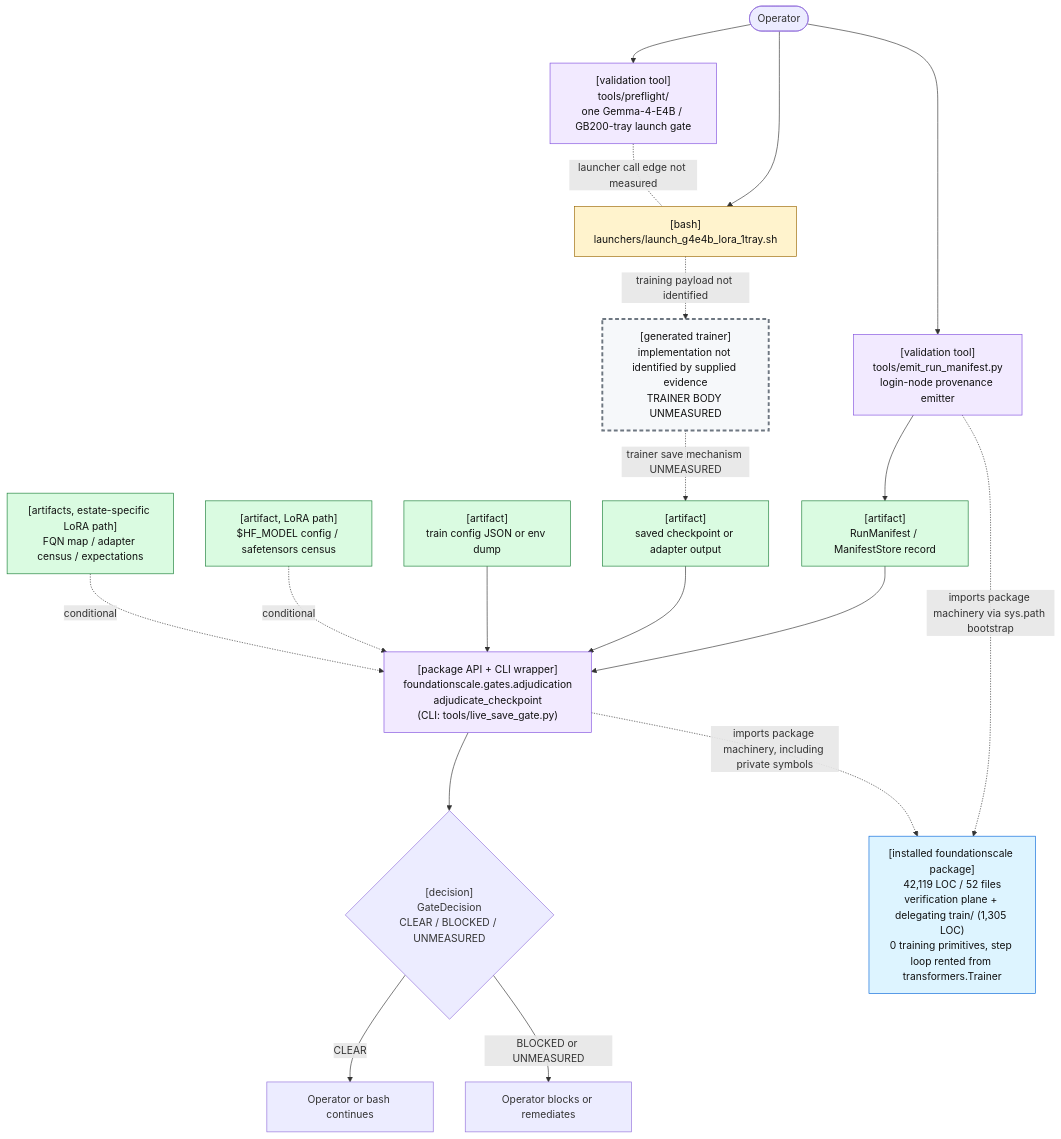
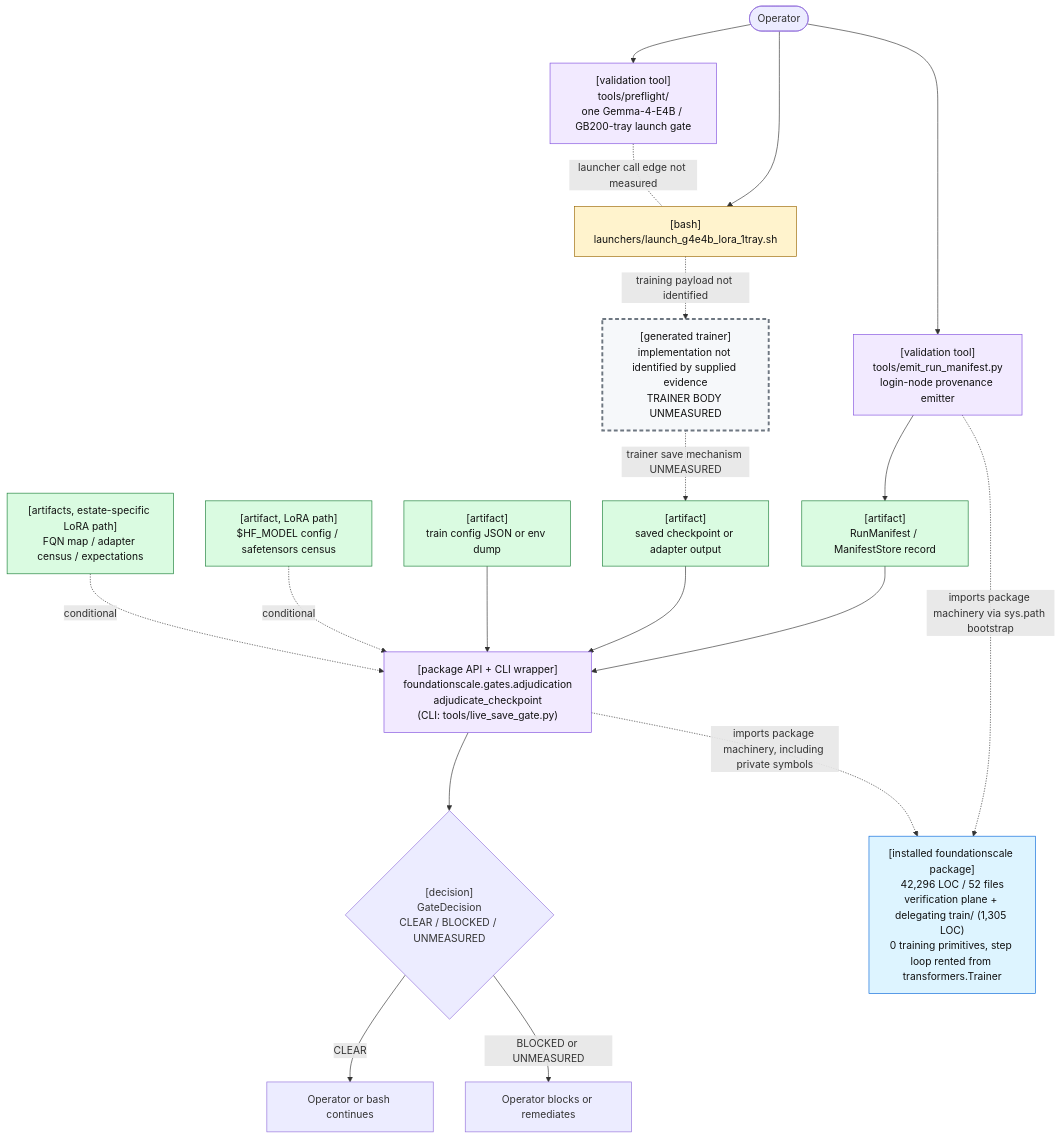
One commit to TranNhiem/FoundationScale changed the first of 2 diagrams in docs/review/D2_current_architecture.md. Above: the diagram before and after it, drawn with Mermaid. The commit also changed other lines of this file and 15 other files, not shown here.

````diff
--- a/docs/review/D2_current_architecture.md
+++ b/docs/review/D2_current_architecture.md
@@ -25,59 +25,59 @@
 ```mermaid
 flowchart TB
   O(["Operator"])
 
   PF["[validation tool]<br/>tools/preflight/<br/>one Gemma-4-E4B / GB200-tray launch gate"]
   L["[bash]<br/>launchers/launch_g4e4b_lora_1tray.sh"]
 
   E["[validation tool]<br/>tools/emit_run_manifest.py<br/>login-node provenance emitter"]
   M["[artifact]<br/>RunManifest / ManifestStore record"]
 
   T["[generated trainer]<br/>implementation not identified by supplied evidence<br/>TRAINER BODY UNMEASURED"]
   C["[artifact]<br/>saved checkpoint or adapter output"]
 
   G["[package API + CLI wrapper]<br/>foundationscale.gates.adjudication<br/>adjudicate_checkpoint<br/>(CLI: tools/live_save_gate.py)"]
   CFG["[artifact]<br/>train config JSON or env dump"]
   BASE["[artifact, LoRA path]<br/>$HF_MODEL config / safetensors census"]
   CEN["[artifacts, estate-specific LoRA path]<br/>FQN map / adapter census / expectations"]
 
   D{"[decision]<br/>GateDecision<br/>CLEAR / BLOCKED / UNMEASURED"}
   OK["Operator or bash continues"]
   NO["Operator blocks or remediates"]
 
-  PKG["[installed foundationscale package]<br/>42,119 LOC / 52 files<br/>verification plane + delegating train/ (1,305 LOC)<br/>0 training primitives, step loop rented from transformers.Trainer"]
+  PKG["[installed foundationscale package]<br/>42,296 LOC / 52 files<br/>verification plane + delegating train/ (1,305 LOC)<br/>0 training primitives, step loop rented from transformers.Trainer"]
 
   O --> PF
   O --> L
   PF -. "launcher call edge not measured" .- L
 
   O --> E
   E --> M
 
   L -. "training payload not identified" .-> T
   T -. "trainer save mechanism UNMEASURED" .-> C
 
   M --> G
   C --> G
   CFG --> G
   BASE -. "conditional" .-> G
   CEN -. "conditional" .-> G
 
   E -. "imports package machinery via sys.path bootstrap" .-> PKG
   G -. "imports package machinery, including private symbols" .-> PKG
 
   G --> D
   D -->|"CLEAR"| OK
   D -->|"BLOCKED or UNMEASURED"| NO
 
   classDef bash fill:#fff3cd,stroke:#9a6700,color:#111;
   classDef tool fill:#f2eaff,stroke:#8250df,color:#111;
   classDef artifact fill:#dafbe1,stroke:#1a7f37,color:#111;
   classDef gap fill:#f6f8fa,stroke:#6e7781,stroke-width:3px,stroke-dasharray: 6 4,color:#111;
   classDef pkg fill:#ddf4ff,stroke:#0969da,color:#111;
 
   class L bash;
   class PF,E,G tool;
   class M,C,CFG,BASE,CEN artifact;
   class T gap;
   class PKG pkg;
 ```
````
